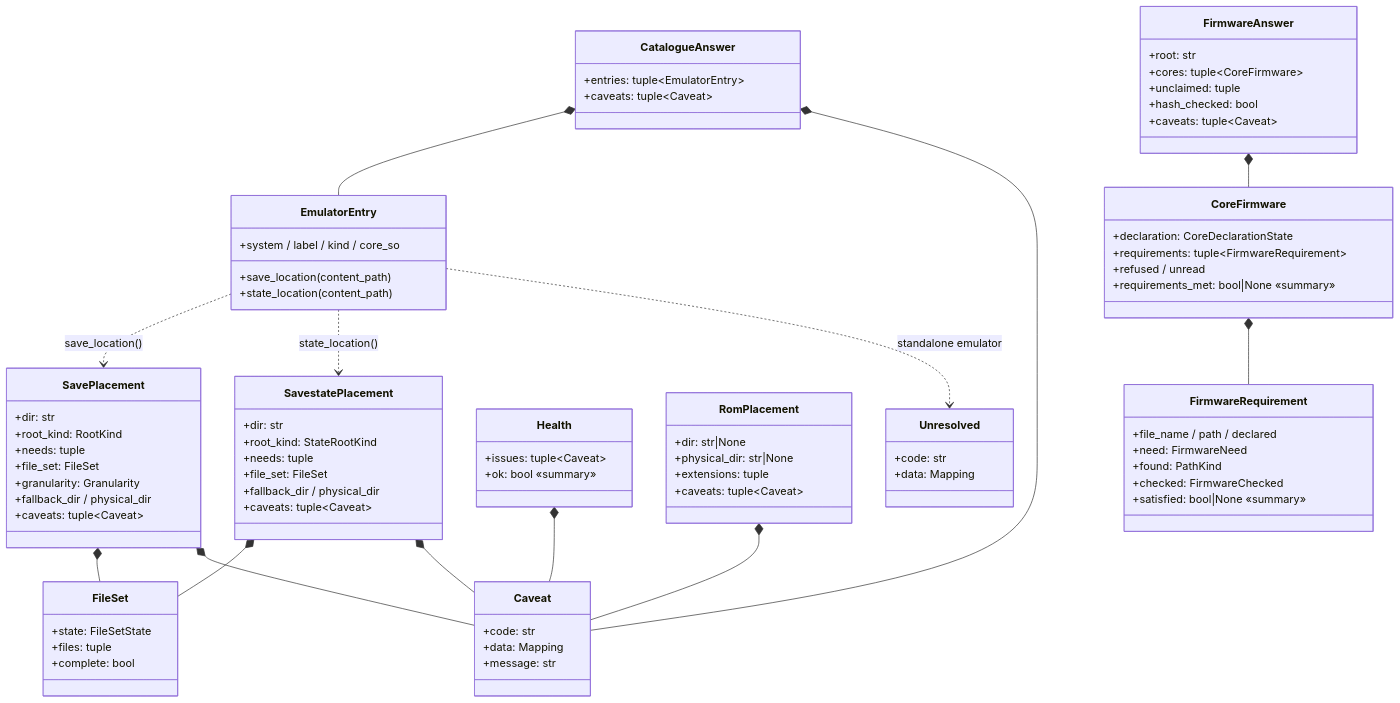
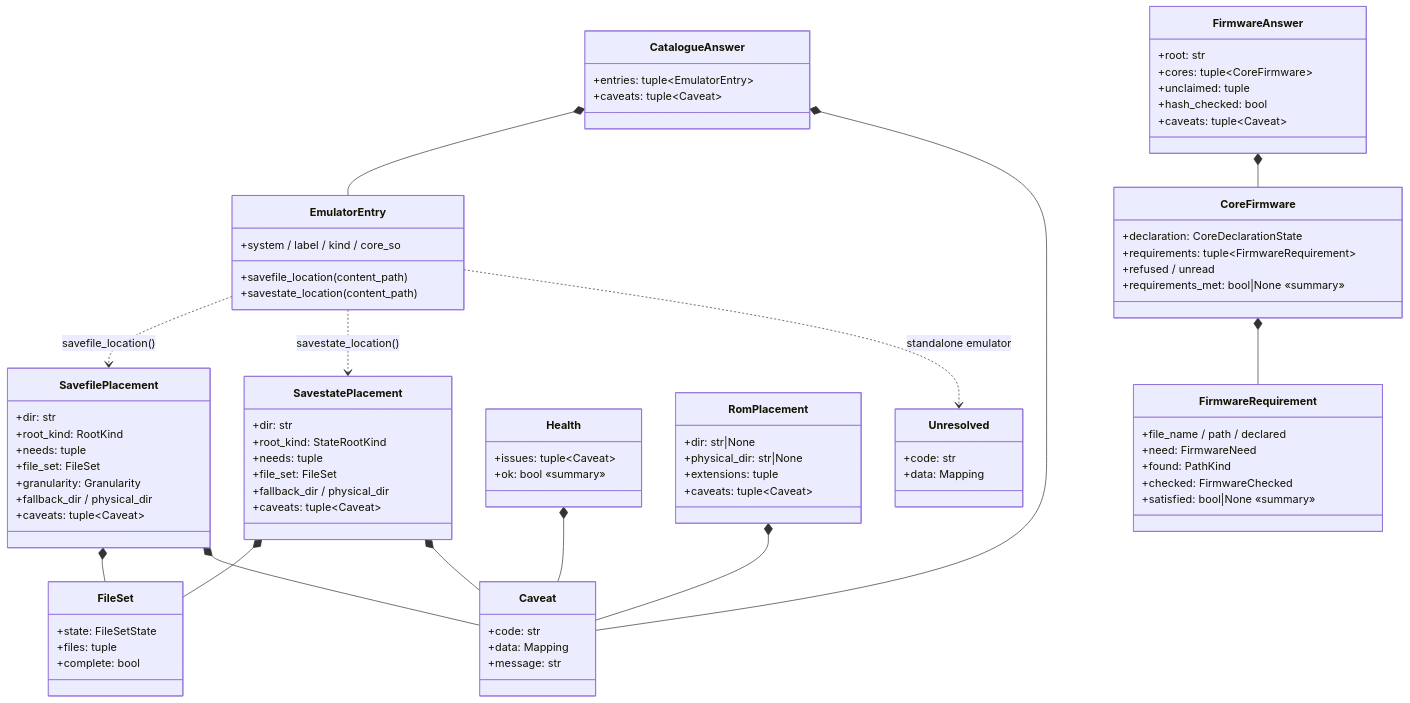
The third of 3 diagrams in docs/architecture.md (danielcopper/emu-atlas), drawn with Mermaid before and after one commit. The commit also changed other lines of this file and 25 other files, not shown here.

````diff
--- a/docs/architecture.md
+++ b/docs/architecture.md
@@ -113,6 +113,6 @@
 ```mermaid
 classDiagram
-    class SavePlacement {
+    class SavefilePlacement {
         +dir: str
         +root_kind: RootKind
         +needs: tuple
@@ -150,8 +150,8 @@
     }
     class EmulatorEntry {
         +system / label / kind / core_so
-        +save_location(content_path)
-        +state_location(content_path)
+        +savefile_location(content_path)
+        +savestate_location(content_path)
     }
     class FirmwareAnswer {
         +root: str
@@ -185,13 +185,13 @@
 
     SavestatePlacement *-- FileSet
     SavestatePlacement *-- Caveat
-    SavePlacement *-- FileSet
-    SavePlacement *-- Caveat
+    SavefilePlacement *-- FileSet
+    SavefilePlacement *-- Caveat
     CatalogueAnswer *-- EmulatorEntry
     CatalogueAnswer *-- Caveat
     RomPlacement *-- Caveat
-    EmulatorEntry ..> SavePlacement : save_location()
-    EmulatorEntry ..> SavestatePlacement : state_location()
+    EmulatorEntry ..> SavefilePlacement : savefile_location()
+    EmulatorEntry ..> SavestatePlacement : savestate_location()
     EmulatorEntry ..> Unresolved : standalone emulator
     FirmwareAnswer *-- CoreFirmware
     CoreFirmware *-- FirmwareRequirement
````
